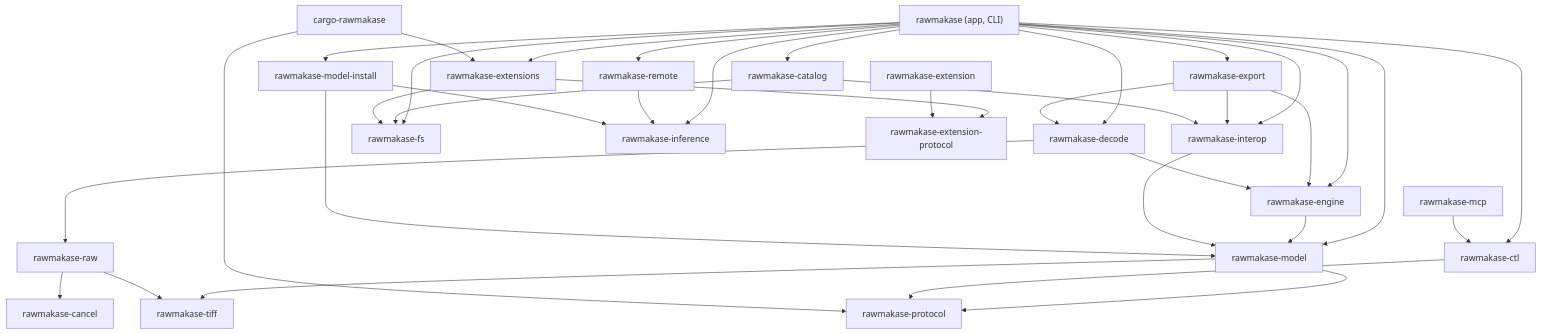
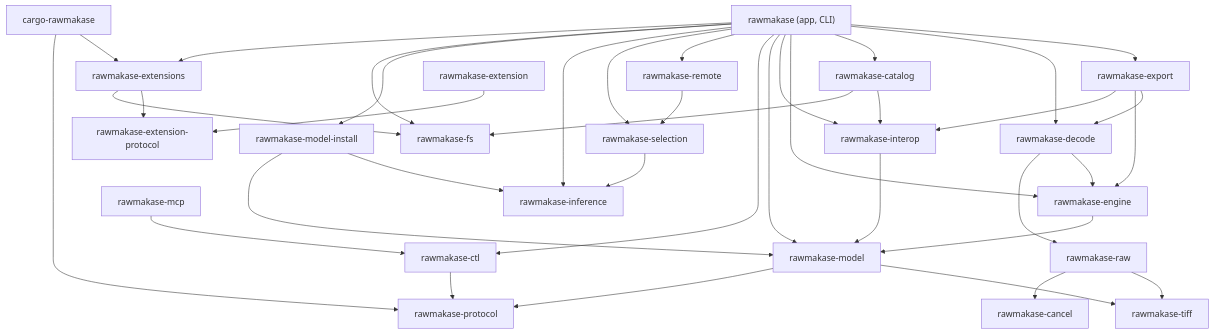
One commit to pch/rawmakase changed the diagram in docs/architecture.md. Above: the diagram before and after it, drawn with Mermaid. The commit also changed other lines of this file and 33 other files, not shown here.

````diff
--- a/docs/architecture.md
+++ b/docs/architecture.md
@@ -15,41 +15,43 @@
 ```mermaid
 flowchart TD
     app["rawmakase (app, CLI)"]
     export[rawmakase-export]
     decode[rawmakase-decode]
     catalog[rawmakase-catalog]
     engine[rawmakase-engine]
     interop[rawmakase-interop]
     model[rawmakase-model]
     raw[rawmakase-raw]
     tiff[rawmakase-tiff]
     cancel[rawmakase-cancel]
     fs[rawmakase-fs]
     protocol[rawmakase-protocol]
     ctl[rawmakase-ctl]
     mcp[rawmakase-mcp]
     remote[rawmakase-remote]
     inference[rawmakase-inference]
+    selection[rawmakase-selection]
     modelinstall[rawmakase-model-install]
     exthost[rawmakase-extensions]
     extprotocol[rawmakase-extension-protocol]
     sdk[rawmakase-extension]
     cargoext[cargo-rawmakase]
 
     app --> export & decode & catalog & engine & interop & model
-    app --> ctl & remote & inference & modelinstall & fs & exthost
+    app --> ctl & remote & selection & inference & modelinstall & fs & exthost
     export --> decode & engine & interop
     decode --> engine & raw
     catalog --> interop & fs
     engine --> model
     interop --> model
     model --> tiff & protocol
     raw --> tiff & cancel
     ctl --> protocol
     mcp --> ctl
-    remote --> inference
+    remote --> selection
+    selection --> inference
     modelinstall --> inference & model
     exthost --> extprotocol & fs
     sdk --> extprotocol
     cargoext --> exthost & protocol
 ```
````
